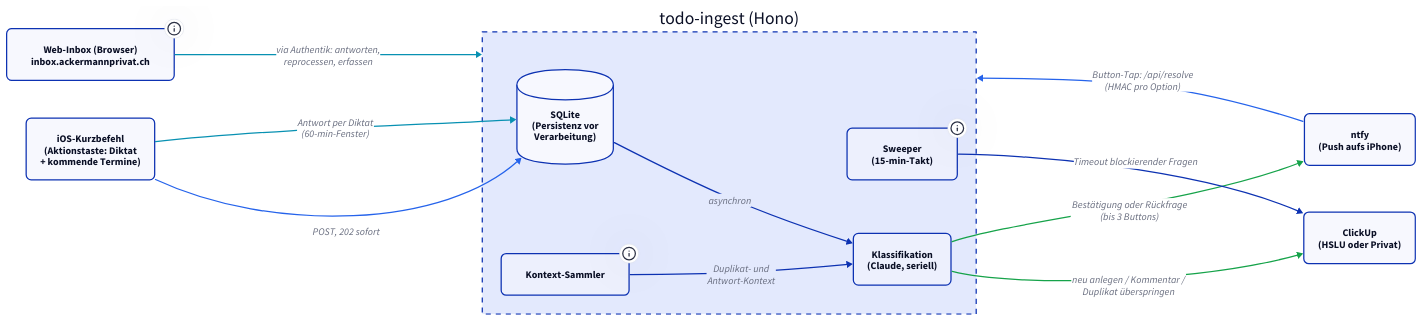
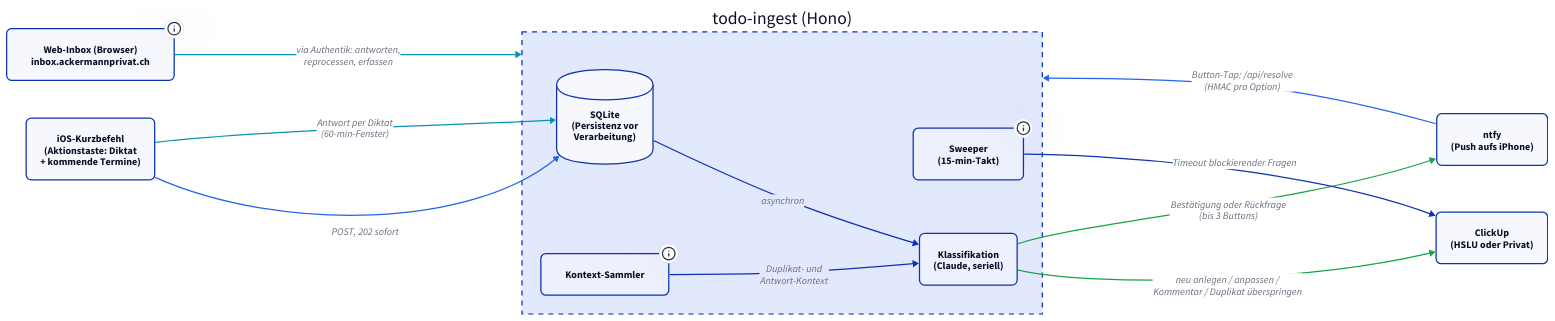
One commit to derever-labs/homelab-wiki changed the diagram in docs/dienste/todo-ingest/index.md. Above: the diagram before and after it, drawn with D2. The commit also changed other lines of this file and 1 other file, not shown here.

Commit message:
docs(todo-ingest): Digest-Abendmodus und Diktat-Steuerung nachtragen
- Task-Steuerung per Diktat: Diktate aendern bestehende Tasks aus dem
  Kontext-Snapshot (verschieben, umpriorisieren, delegieren, erledigen,
  umbenennen, Checkliste, Kommentar), Whitelist nur Snapshot-IDs,
  Quittung als Block "Angepasst"; Bestaetigungen und Schritt 5 ergaenzt.
- Terminierungs-Karte "Ein Termin": ein terminloser Task pro Digest zur
  Wann-Entscheidung, "Kein Termin noetig" stuft auf low; als Digest-
  Schritt 5 und in "Anti-Tapete und Aktionen".
- Abend-Modus (Vorabend-Planung): eigenes Unterkapitel zu mode=evening,
  Top-3-Fixierung, Fokus-Blocker via Plan-Endpoint in den Fokus-Kalender.

````diff
--- a/docs/dienste/todo-ingest/index.md
+++ b/docs/dienste/todo-ingest/index.md
@@ -35,40 +35,40 @@
 ```d2
 classes: {
   node: { style: { border-radius: 8 } }
 }
 
 direction: right
 
 Shortcut: "iOS-Kurzbefehl\n(Aktionstaste: Diktat\n+ kommende Termine)" { class: node }
 
 Ingest: "todo-ingest (Hono)" {
   style.stroke-dash: 4
   DB: "SQLite\n(Persistenz vor\nVerarbeitung)" { shape: cylinder; class: node }
   CTX: "Kontext-Sammler" {
     class: node
     tooltip: "Offene Tasks beider Ziel-Listen, soeben angelegte Tasks (24h), offene Rückfragen (60 min) und mitgeschickte Termine -- als Daten deklariert (Injection-Härtung)"
   }
   AI: "Klassifikation\n(Claude, seriell)" { class: node }
   SWEEP: "Sweeper\n(15-min-Takt)" {
     class: node
     tooltip: "Blockierende Rückfragen laufen nach 4 h in die Privat-Liste (Tag zuordnung-unklar), anreichernde verfallen nach 7 Tagen still"
   }
 }
 
 ClickUp: "ClickUp\n(HSLU oder Privat)" { class: node }
 Ntfy: "ntfy\n(Push aufs iPhone)" { class: node }
 Inbox: "Web-Inbox (Browser)\ninbox.ackermannprivat.ch" {
   class: node
   tooltip: "Eigener Host, nur hinter Authentik (Gruppe admin). Zeigt offene Rückfragen, zuletzt erstellte Tasks und die Diktat-Historie. Antworten, Anpassen und Reprocess laufen über HMAC-signierte Aktionen, Text-Erfassung über dieselbe Pipeline wie das Diktat"
 }
 
 Shortcut -> Ingest.DB: "POST, 202 sofort" { style.stroke: "#2563eb" }
 Ingest.DB -> Ingest.AI: "asynchron"
 Ingest.CTX -> Ingest.AI: "Duplikat- und\nAntwort-Kontext"
-Ingest.AI -> ClickUp: "neu anlegen / Kommentar /\nDuplikat überspringen" { style.stroke: "#16a34a" }
+Ingest.AI -> ClickUp: "neu anlegen / anpassen /\nKommentar / Duplikat überspringen" { style.stroke: "#16a34a" }
 Ingest.AI -> Ntfy: "Bestätigung oder Rückfrage\n(bis 3 Buttons)" { style.stroke: "#16a34a" }
 Ntfy -> Ingest: "Button-Tap: /api/resolve\n(HMAC pro Option)" { style.stroke: "#2563eb" }
 Shortcut -> Ingest.DB: "Antwort per Diktat\n(60-min-Fenster)" { style.stroke: "#0891b2" }
 Inbox -> Ingest: "via Authentik: antworten,\nreprocessen, erfassen" { style.stroke: "#0891b2" }
 Ingest.SWEEP -> ClickUp: "Timeout blockierender Fragen"
 ```
````
